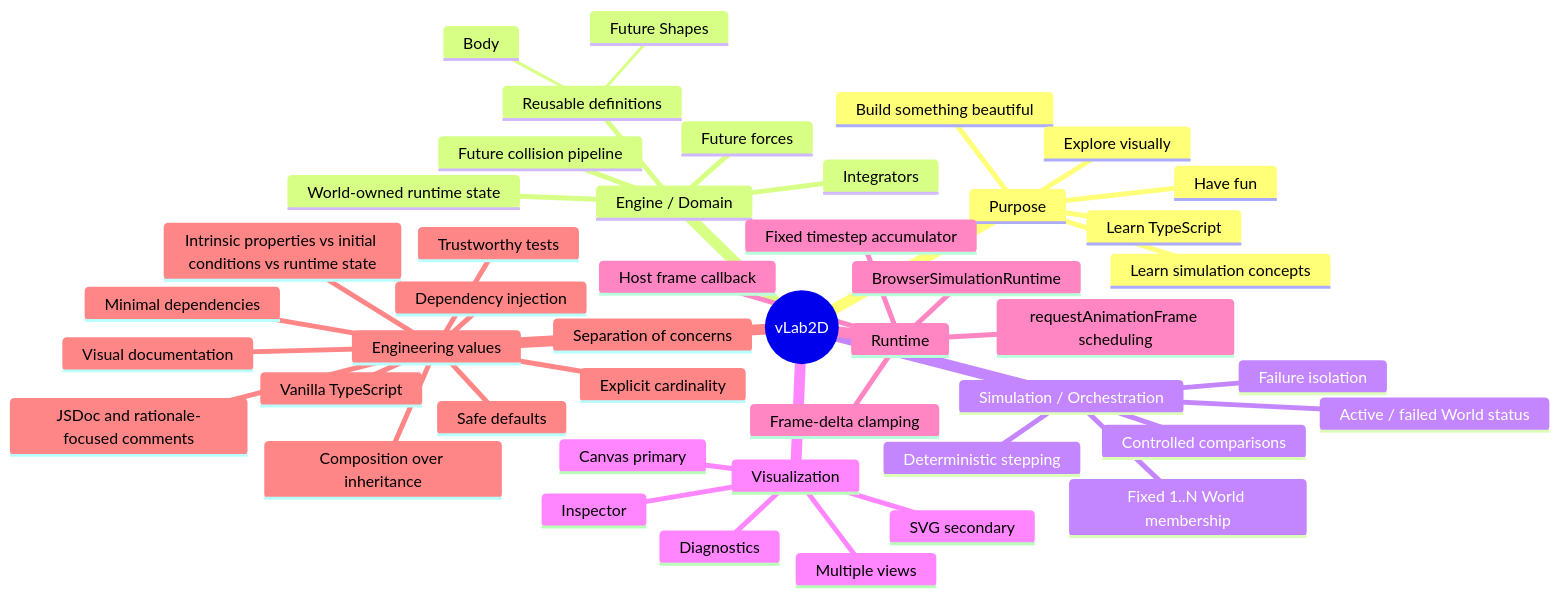
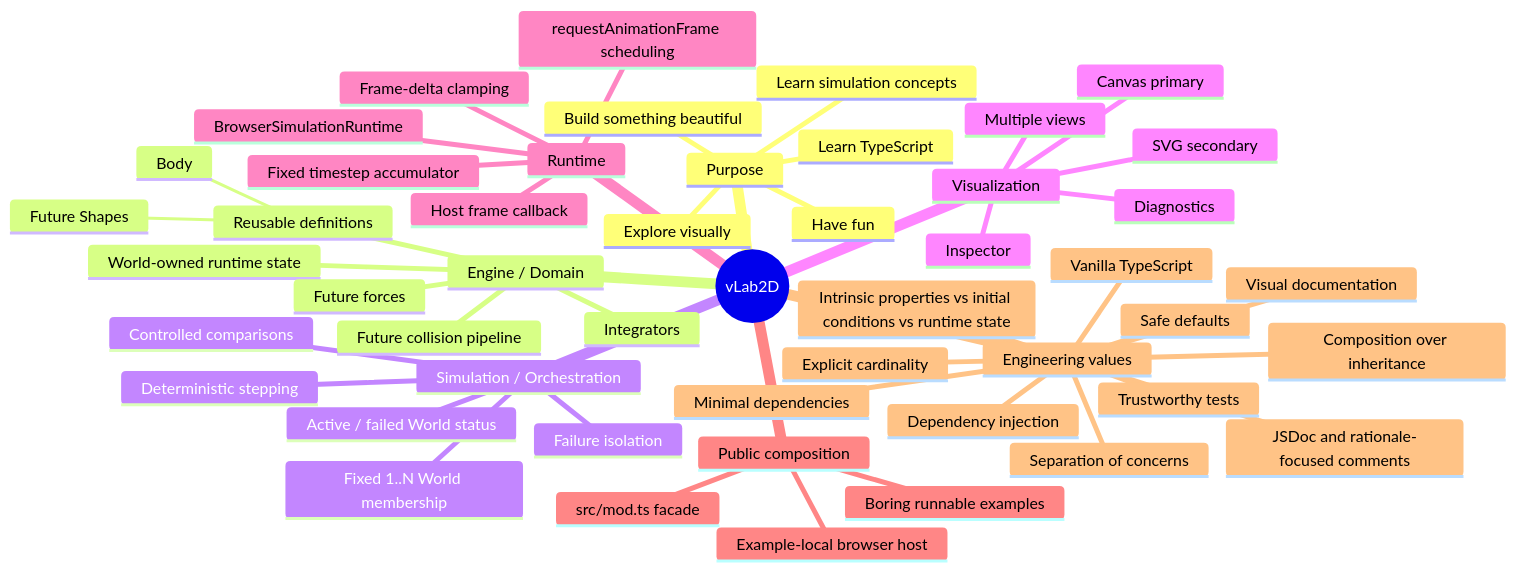
One commit to fa-ribeiro/vLab2D changed the first of 10 diagrams in docs/project/project-map.md. Above: the diagram before and after it, drawn with Mermaid. The commit also changed other lines of this file and 11 other files, not shown here.

````diff
--- a/docs/project/project-map.md
+++ b/docs/project/project-map.md
@@ -7,48 +7,52 @@
 ```mermaid
 mindmap
   root((vLab2D))
     Purpose
       Learn TypeScript
       Learn simulation concepts
       Have fun
       Build something beautiful
       Explore visually
     Engine / Domain
       Reusable definitions
         Body
         Future Shapes
       World-owned runtime state
       Integrators
       Future forces
       Future collision pipeline
     Simulation / Orchestration
       Fixed 1..N World membership
       Deterministic stepping
       Active / failed World status
       Failure isolation
       Controlled comparisons
     Visualization
       Canvas primary
       SVG secondary
       Inspector
       Diagnostics
       Multiple views
     Runtime
       BrowserSimulationRuntime
       requestAnimationFrame scheduling
       Frame-delta clamping
       Fixed timestep accumulator
       Host frame callback
+    Public composition
+      src/mod.ts facade
+      Boring runnable examples
+      Example-local browser host
     Engineering values
       Intrinsic properties vs initial conditions vs runtime state
       Safe defaults
       Explicit cardinality
       Vanilla TypeScript
       Minimal dependencies
       Separation of concerns
       Dependency injection
       Composition over inheritance
       JSDoc and rationale-focused comments
       Trustworthy tests
       Visual documentation
 ```
````
